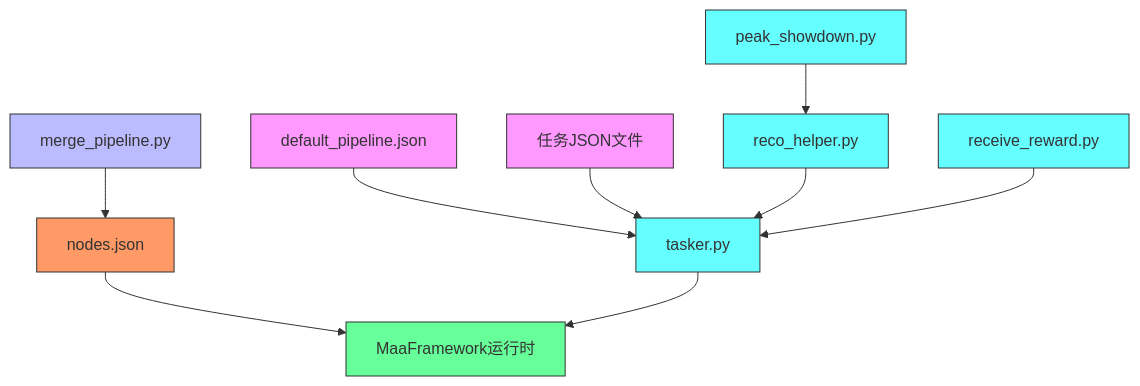
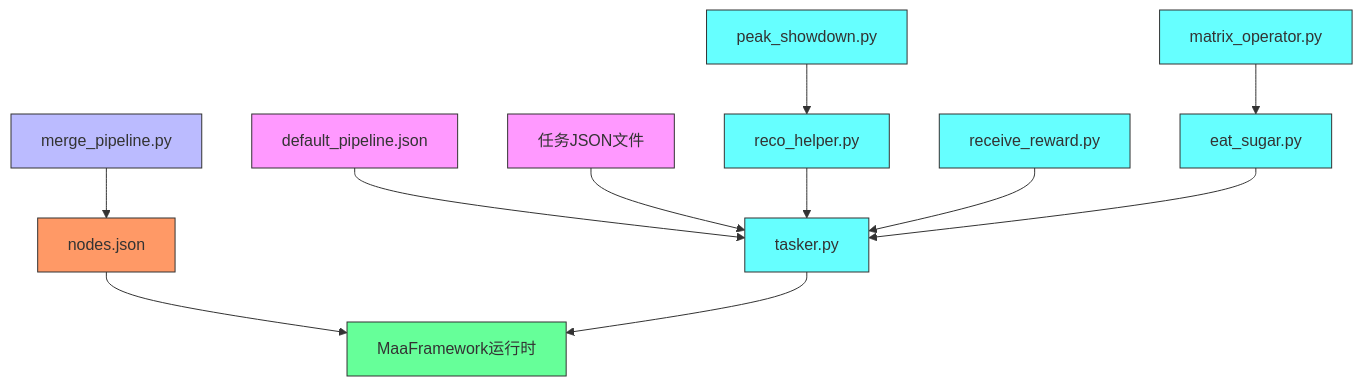
The ninth of 9 diagrams in .qoder/repowiki/zh/content/资源与配置管理/任务流水线配置/任务流水线配置结构/任务流水线配置结构.md (kqcoxn/MaaDuDuL), drawn with Mermaid before and after one commit. The commit also changed other lines of this file and 18 other files, not shown here.

````diff
--- a/.qoder/repowiki/zh/content/资源与配置管理/任务流水线配置/任务流水线配置结构/任务流水线配置结构.md
+++ b/.qoder/repowiki/zh/content/资源与配置管理/任务流水线配置/任务流水线配置结构/任务流水线配置结构.md
@@ -263,20 +339,24 @@
 ```mermaid
 graph TD
 A[default_pipeline.json] --> F
 B[任务JSON文件] --> F
 C[merge_pipeline.py] --> D[nodes.json]
 D --> E[MaaFramework运行时]
 F[tasker.py] --> E
 G[reco_helper.py] --> F
 H[peak_showdown.py] --> G
 I[receive_reward.py] --> F
+J[eat_sugar.py] --> F
+K[matrix_operator.py] --> J
 style A fill:#f9f,stroke:#333
 style B fill:#f9f,stroke:#333
 style C fill:#bbf,stroke:#333
 style D fill:#f96,stroke:#333
 style E fill:#6f9,stroke:#333
 style F fill:#6ff,stroke:#333
 style G fill:#6ff,stroke:#333
 style H fill:#6ff,stroke:#333
 style I fill:#6ff,stroke:#333
+style J fill:#6ff,stroke:#333
+style K fill:#6ff,stroke:#333
 ```
````
